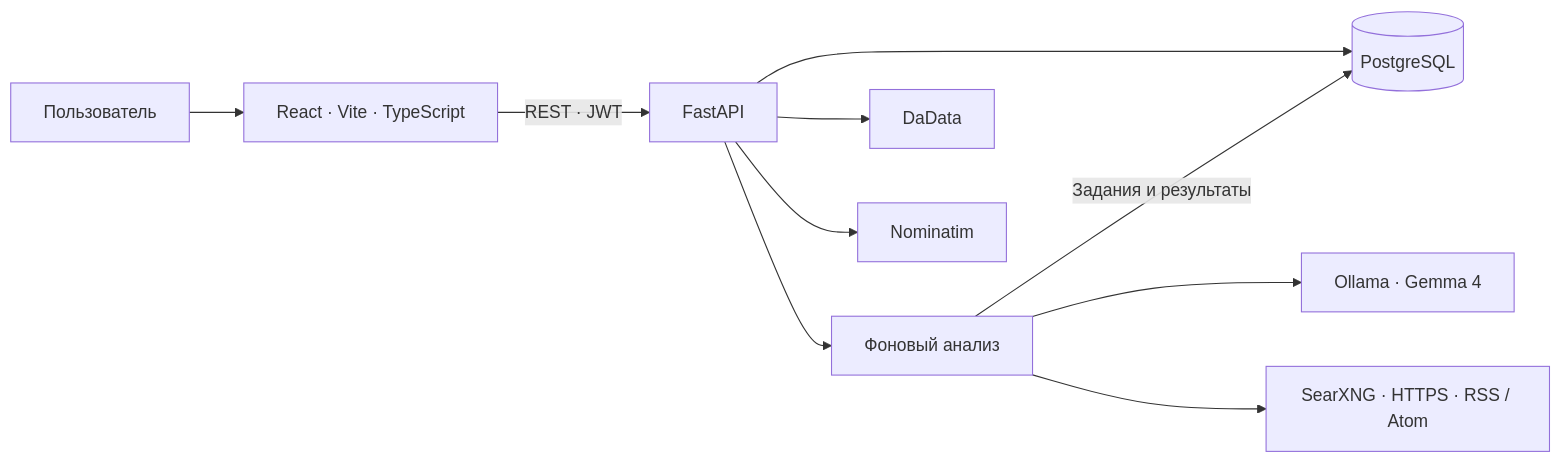
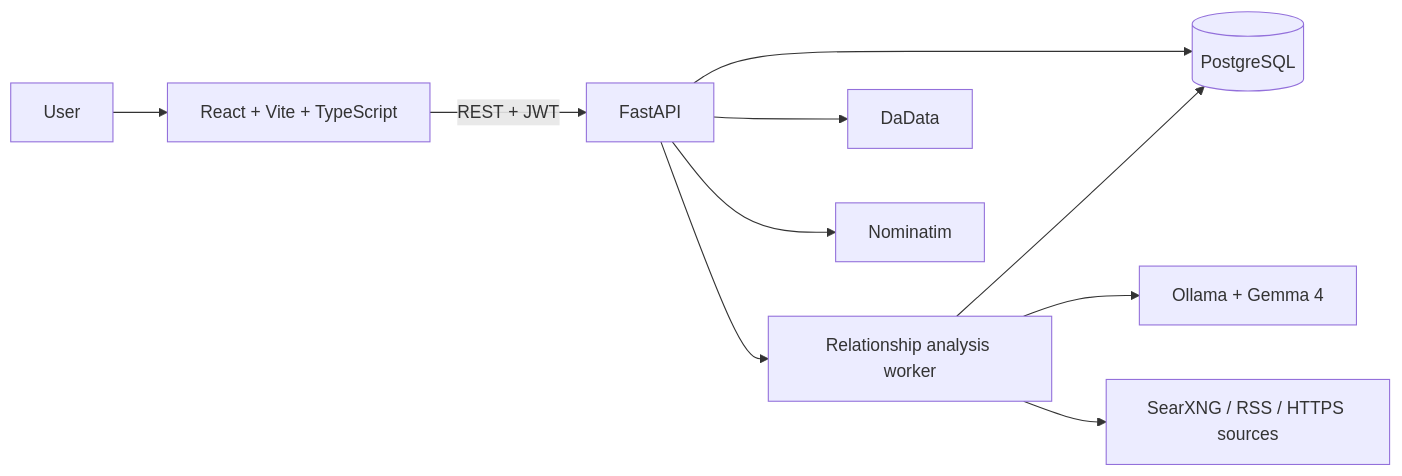
The diagram in README.md (ArduRadioKot/sammi), drawn with Mermaid before and after one commit. The commit also changed other lines of this file, not shown here.

````diff
--- a/README.md
+++ b/README.md
@@ -381,12 +255,12 @@
 ```mermaid
 flowchart LR
-    U["Пользователь"] --> F["React · Vite · TypeScript"]
-    F -->|"REST · JWT"| A["FastAPI"]
-    A --> P[("PostgreSQL")]
-    A --> W["Фоновый анализ"]
-    W -->|"Задания и результаты"| P
-    W --> G["Ollama · Gemma 4"]
-    W --> S["SearXNG · HTTPS · RSS / Atom"]
-    A --> D["DaData"]
-    A --> N["Nominatim"]
+    U[User] --> FE[React + Vite + TypeScript]
+    FE -->|REST + JWT| API[FastAPI]
+    API --> DB[(PostgreSQL)]
+    API --> JOB[Relationship analysis worker]
+    JOB --> DB
+    JOB --> O[Ollama + Gemma 4]
+    JOB --> S[SearXNG / RSS / HTTPS sources]
+    API --> D[DaData]
+    API --> N[Nominatim]
 ```
````
